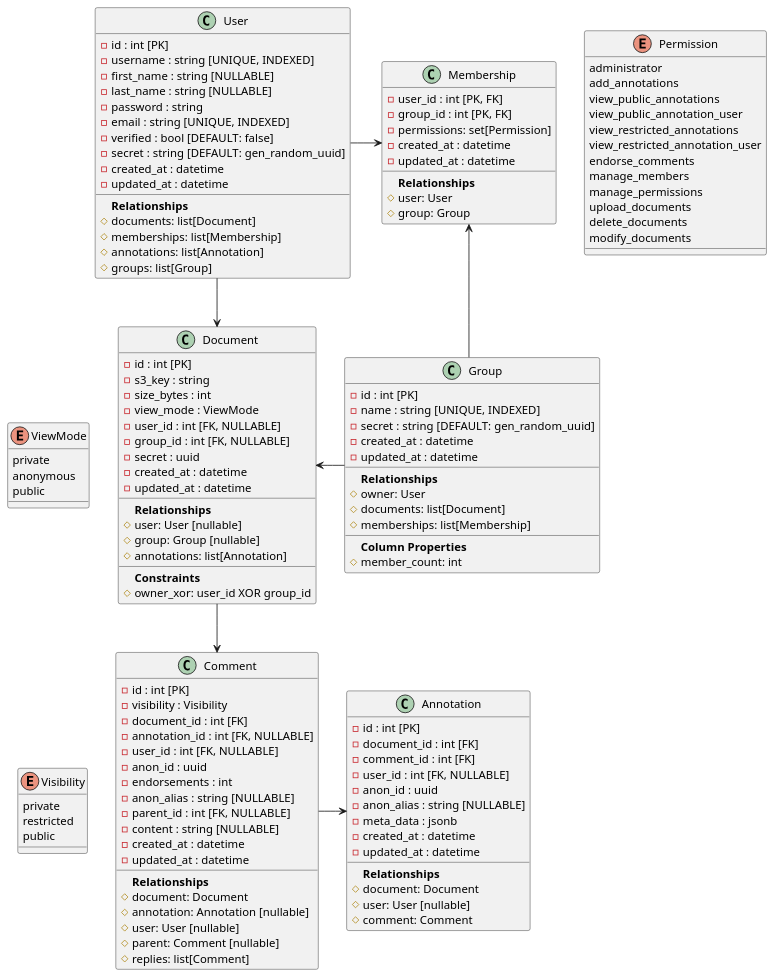
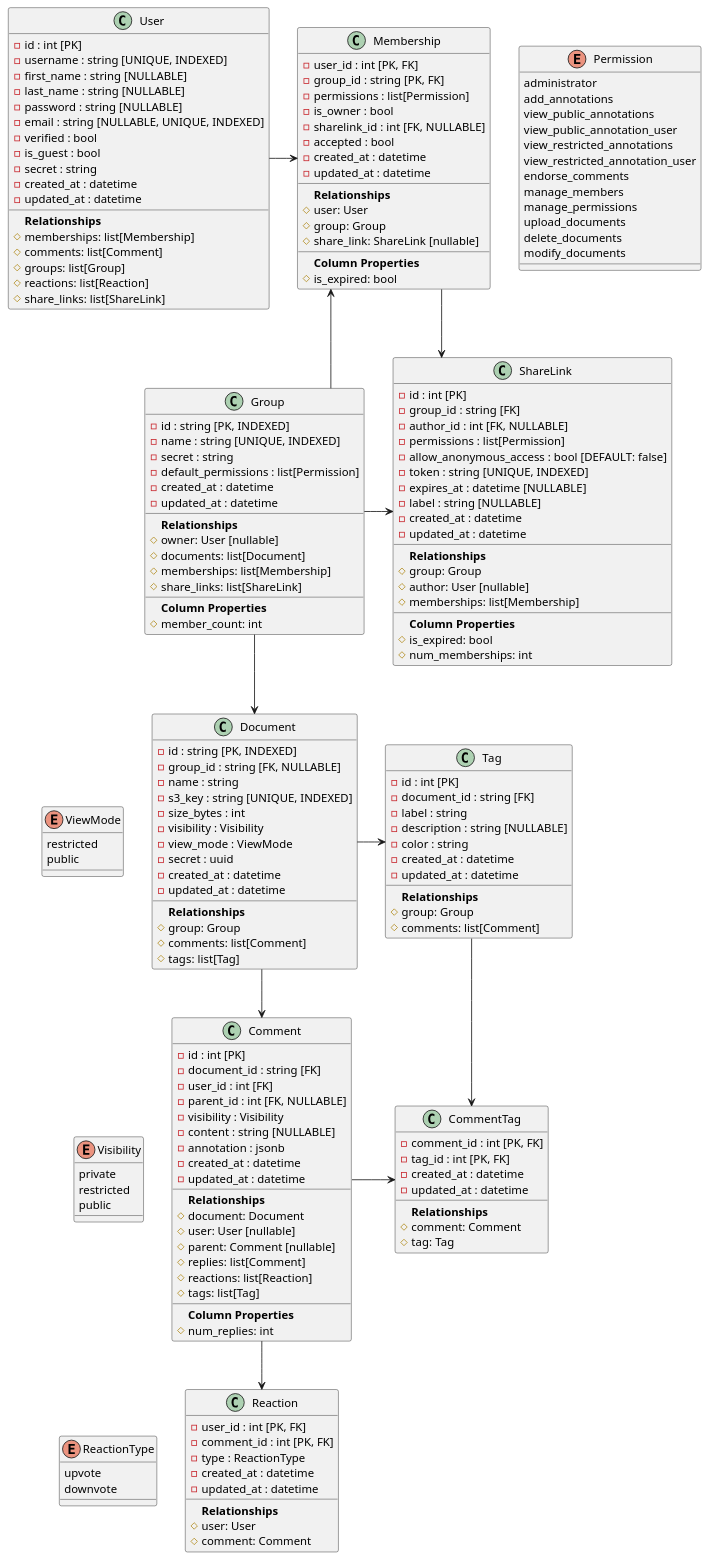
One commit to realdegrees/text.ur changed the diagram in docs/schema.puml. Above: the diagram before and after it, drawn with PlantUML.

Commit message:
update db schema and add tag layout

```diff
--- a/docs/schema.puml
+++ b/docs/schema.puml
@@ -14,31 +14,35 @@
     - username : string [UNIQUE, INDEXED]
     - first_name : string [NULLABLE]
     - last_name : string [NULLABLE]
-    - password : string
-    - email : string [UNIQUE, INDEXED]
-    - verified : bool [DEFAULT: false]
-    - secret : string [DEFAULT: gen_random_uuid]
+    - password : string [NULLABLE]
+    - email : string [NULLABLE, UNIQUE, INDEXED]
+    - verified : bool
+    - is_guest : bool
+    - secret : string
     - created_at : datetime
     - updated_at : datetime
     ____
         **Relationships**
-        # documents: list[Document]
         # memberships: list[Membership]
-        # annotations: list[Annotation]
+        # comments: list[Comment]
         # groups: list[Group]
+        # reactions: list[Reaction]
+        # share_links: list[ShareLink]
 }
 
 class Group {
-    - id : int [PK]
+    - id : string [PK, INDEXED]
     - name : string [UNIQUE, INDEXED]
-    - secret : string [DEFAULT: gen_random_uuid]
+    - secret : string
+    - default_permissions : list[Permission]
     - created_at : datetime
     - updated_at : datetime
     ____
         **Relationships**
-        # owner: User
+        # owner: User [nullable]
         # documents: list[Document]
         # memberships: list[Membership]
+        # share_links: list[ShareLink]
     ____
         **Column Properties**
         # member_count: int
@@ -60,41 +64,45 @@
 }
 
 enum ViewMode {
-    private
-    anonymous
+    restricted
     public
 }
 
 class Membership {
     - user_id : int [PK, FK]
-    - group_id : int [PK, FK]
-    - permissions: set[Permission]
+    - group_id : string [PK, FK]
+    - permissions : list[Permission]
+    - is_owner : bool
+    - sharelink_id : int [FK, NULLABLE]
+    - accepted : bool
     - created_at : datetime
     - updated_at : datetime
     ____
         **Relationships**
         # user: User
         # group: Group
+        # share_link: ShareLink [nullable]
+    ____
+        **Column Properties**
+        # is_expired: bool
 }
 
 class Document {
-    - id : int [PK]
-    - s3_key : string
+    - id : string [PK, INDEXED]
+    - group_id : string [FK, NULLABLE]
+    - name : string
+    - s3_key : string [UNIQUE, INDEXED]
     - size_bytes : int
+    - visibility : Visibility
     - view_mode : ViewMode
-    - user_id : int [FK, NULLABLE]
-    - group_id : int [FK, NULLABLE]
     - secret : uuid
     - created_at : datetime
     - updated_at : datetime
     ____
         **Relationships**
-        # user: User [nullable]
-        # group: Group [nullable]
-        # annotations: list[Annotation]
-    ____
-        **Constraints**
-        # owner_xor: user_id XOR group_id
+        # group: Group
+        # comments: list[Comment]
+        # tags: list[Tag]
 }
 
 enum Visibility {
@@ -103,59 +111,114 @@
     public
 }
 
-class Annotation {
+class Comment {
     - id : int [PK]
-    - document_id : int [FK]
-    - comment_id : int [FK]
-    - user_id : int [FK, NULLABLE]
-    - anon_id : uuid
-    - anon_alias : string [NULLABLE]
-    - meta_data : jsonb
+    - document_id : string [FK]
+    - user_id : int [FK]
+    - parent_id : int [FK, NULLABLE]
+    - visibility : Visibility
+    - content : string [NULLABLE]
+    - annotation : jsonb
     - created_at : datetime
     - updated_at : datetime
     ____
         **Relationships**
         # document: Document
         # user: User [nullable]
-        # comment: Comment
+        # parent: Comment [nullable]
+        # replies: list[Comment]
+        # reactions: list[Reaction]
+        # tags: list[Tag]
+    ____
+        **Column Properties**
+        # num_replies: int
 }
 
-class Comment {
+class Tag {
     - id : int [PK]
-    - visibility : Visibility
-    - document_id : int [FK]
-    - annotation_id : int [FK, NULLABLE]
-    - user_id : int [FK, NULLABLE]
-    - anon_id : uuid
-    - endorsements : int
-    - anon_alias : string [NULLABLE]
-    - parent_id : int [FK, NULLABLE]
-    - content : string [NULLABLE]
+    - document_id : string [FK]
+    - label : string
+    - description : string [NULLABLE]
+    - color : string
     - created_at : datetime
     - updated_at : datetime
     ____
         **Relationships**
-        # document: Document
-        # annotation: Annotation [nullable]
-        # user: User [nullable]
-        # parent: Comment [nullable]
-        # replies: list[Comment]
+        # group: Group
+        # comments: list[Comment]
+}
+
+class CommentTag {
+    - comment_id : int [PK, FK]
+    - tag_id : int [PK, FK]
+    - created_at : datetime
+    - updated_at : datetime
+    ____
+        **Relationships**
+        # comment: Comment
+        # tag: Tag
+}
+
+enum ReactionType {
+    upvote
+    downvote
+}
+
+class Reaction {
+    - user_id : int [PK, FK]
+    - comment_id : int [PK, FK]
+    - type : ReactionType
+    - created_at : datetime
+    - updated_at : datetime
+    ____
+        **Relationships**
+        # user: User
+        # comment: Comment
+}
+
+class ShareLink {
+    - id : int [PK]
+    - group_id : string [FK]
+    - author_id : int [FK, NULLABLE]
+    - permissions : list[Permission]
+    - allow_anonymous_access : bool [DEFAULT: false]
+    - token : string [UNIQUE, INDEXED]
+    - expires_at : datetime [NULLABLE]
+    - label : string [NULLABLE]
+    - created_at : datetime
+    - updated_at : datetime
+    ____
+        **Relationships**
+        # group: Group
+        # author: User [nullable]
+        # memberships: list[Membership]
+    ____
+        **Column Properties**
+        # is_expired: bool
+        # num_memberships: int
 }
 
 ' ========== RELATIONSHIPS ==========
 
-User -d-> Document
 User -r-> Membership
 
 Group -u-> Membership
-Group -l-> Document
+Group -d-> Document
+Group -r-> ShareLink
+Document -r-> Tag
 
+Document -d-> Comment
 
+Comment -d-> Reaction
+Comment -r-> CommentTag
+Membership -r-> ShareLink
+
+Tag -d-> CommentTag
+
+' Layout hints
+Reaction -l[hidden]-> ReactionType
 Membership -[hidden]r-> Permission
-
 Comment -[hidden]l-> Visibility
 Document -[hidden]l-> ViewMode
-Annotation <-l- Comment
-Document -d-> Comment
 
 @enduml
```
